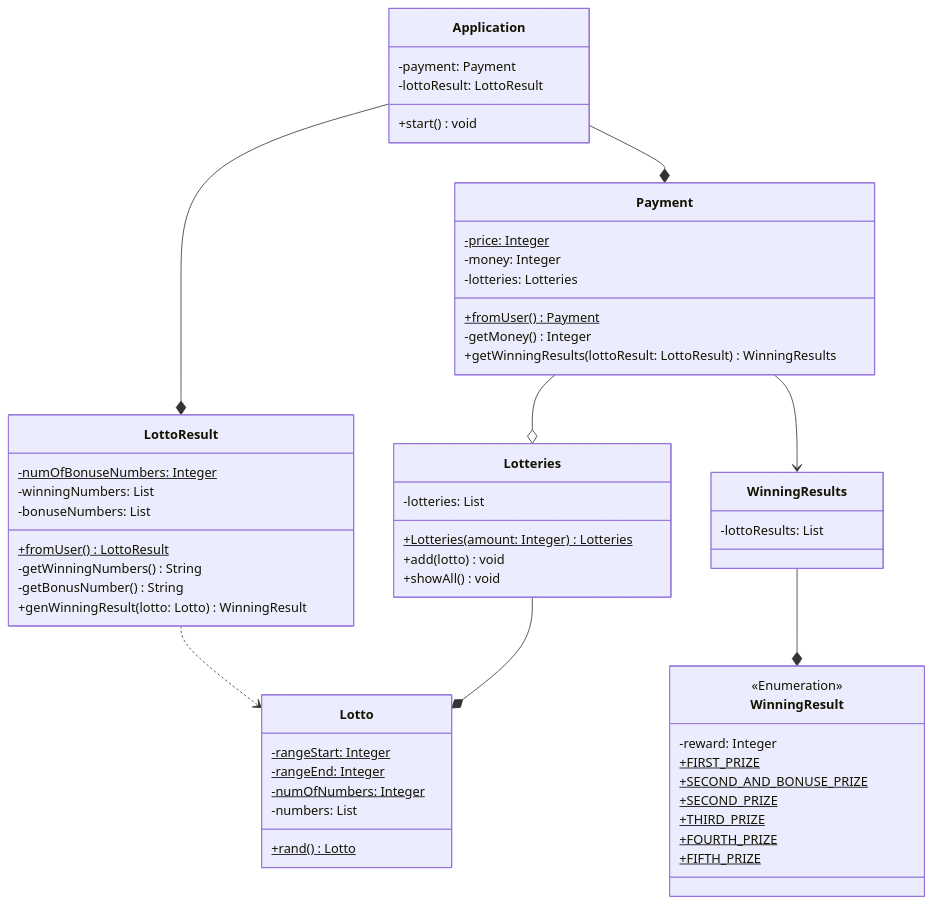
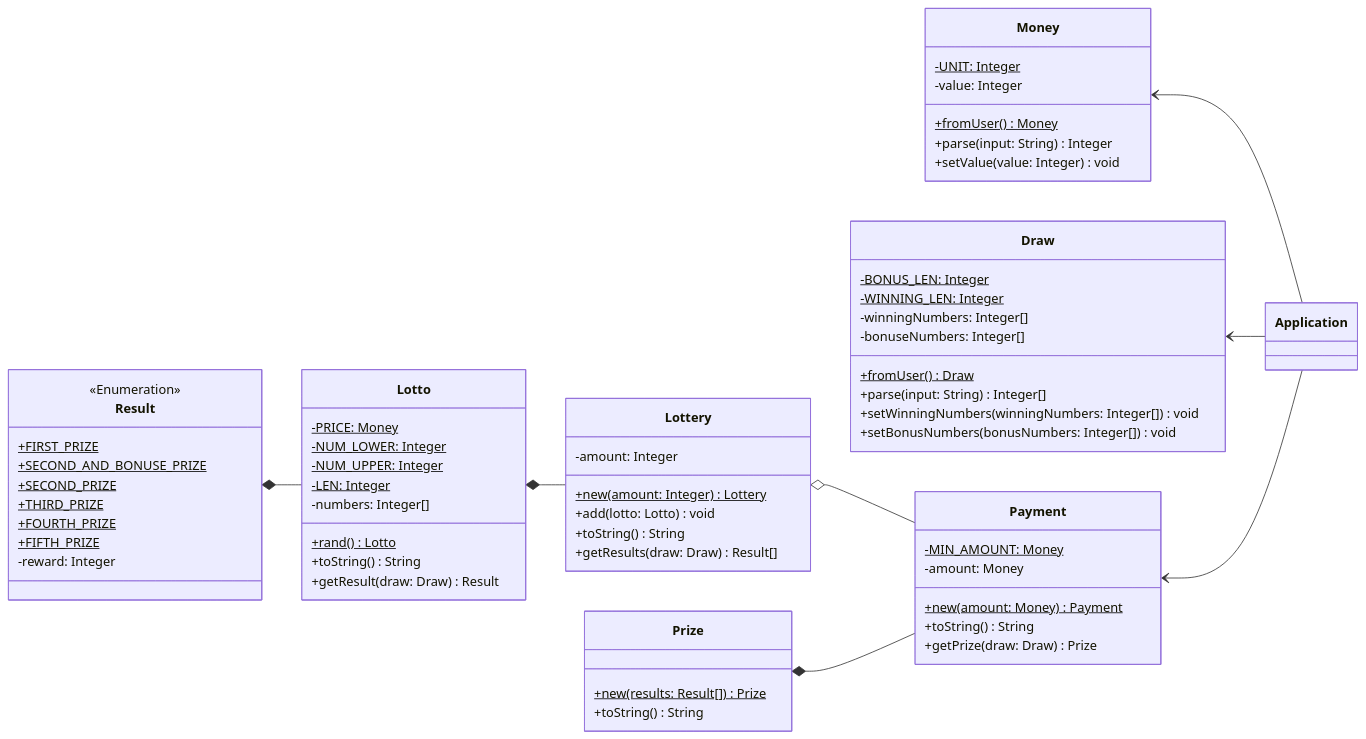
Before and after one commit to gdsc-konkuk/23-24_study_2nd_java-lotto-6: the sixth of 6 diagrams in docs/README.md, drawn with Mermaid. The commit also changed other lines of this file, not shown here.

Commit message:
docs: refine Design Model

````diff
--- a/docs/README.md
+++ b/docs/README.md
@@ -277,65 +278,76 @@
 ```mermaid
 classDiagram
-    Application --* Payment
-    Application --* LottoResult
-    Payment --o Lotteries
-    Payment --> WinningResults
-    LottoResult ..> Lotto
-    Lotteries --* Lotto
-    WinningResults --* WinningResult
+    direction RL
+    Application --> Money
+    Application --> Draw
+    Application --> Payment
+    Payment --o Lottery
+    Lottery --* Lotto
+    Lotto --* Result
+    Payment --* Prize
 
     class Application {
-        -payment: Payment
-        -lottoResult: LottoResult
-        +start() void
+    }
+
+    class Money {
+        -UNIT: Integer$
+        -value: Integer
+        +fromUser() Money$
+        +parse(input: String) Integer
+        +setValue(value: Integer) void
     }
 
     class Payment {
-        -price: Integer$
-        -money: Integer
-        -lotteries: Lotteries
-        +fromUser() Payment$
-        -getMoney() Integer
-        +getWinningResults(lottoResult: LottoResult) WinningResults
+        -MIN_AMOUNT: Money$
+        -amount: Money
+        +new(amount: Money) Payment$
+        +toString() String
+        +getPrize(draw: Draw) Prize
+    }
+
+    class Lottery {
+        -amount: Integer
+        +new(amount: Integer) Lottery$
+        +add(lotto: Lotto) void
+        +toString() String
+        +getResults(draw: Draw) Result[]
     }
 
     class Lotto {
-        -rangeStart: Integer$
-        -rangeEnd: Integer$
-        -numOfNumbers: Integer$
-        -numbers: List<Integer>
+        -PRICE: Money$
+        -NUM_LOWER: Integer$
+        -NUM_UPPER: Integer$
+        -LEN: Integer$
+        -numbers: Integer[]
         +rand() Lotto$
+        +toString() String
+        +getResult(draw: Draw) Result
     }
 
-    class Lotteries {
-        -lotteries: List<Lotto>
-        +Lotteries(amount: Integer) Lotteries$
-        +add(lotto) void
-        +showAll() void
+    class Draw {
+        -BONUS_LEN: Integer$
+        -WINNING_LEN: Integer$
+        -winningNumbers: Integer[]
+        -bonuseNumbers: Integer[]
+        +fromUser() Draw$
+        +parse(input: String) Integer[]
+        +setWinningNumbers(winningNumbers: Integer[]) void
+        +setBonusNumbers(bonusNumbers: Integer[]) void
     }
 
-    class LottoResult {
-        -numOfBonuseNumbers: Integer$
-        -winningNumbers: List<Integer>
-        -bonuseNumbers: List<Integer>
-        +fromUser() LottoResult$
-        -getWinningNumbers() String
-        -getBonusNumber() String
-        +genWinningResult(lotto: Lotto) WinningResult
-    }
-
-    class WinningResult {
+    class Result {
         <<Enumeration>>
-        -reward: Integer
         +FIRST_PRIZE$
         +SECOND_AND_BONUSE_PRIZE$
         +SECOND_PRIZE$
         +THIRD_PRIZE$
         +FOURTH_PRIZE$
         +FIFTH_PRIZE$
+        -reward: Integer
     }
 
-    class WinningResults {
-        -lottoResults: List<WinningResult>
+    class Prize {
+        +new(results: Result[]) Prize$
+        +toString() String
     }
 ```
````
